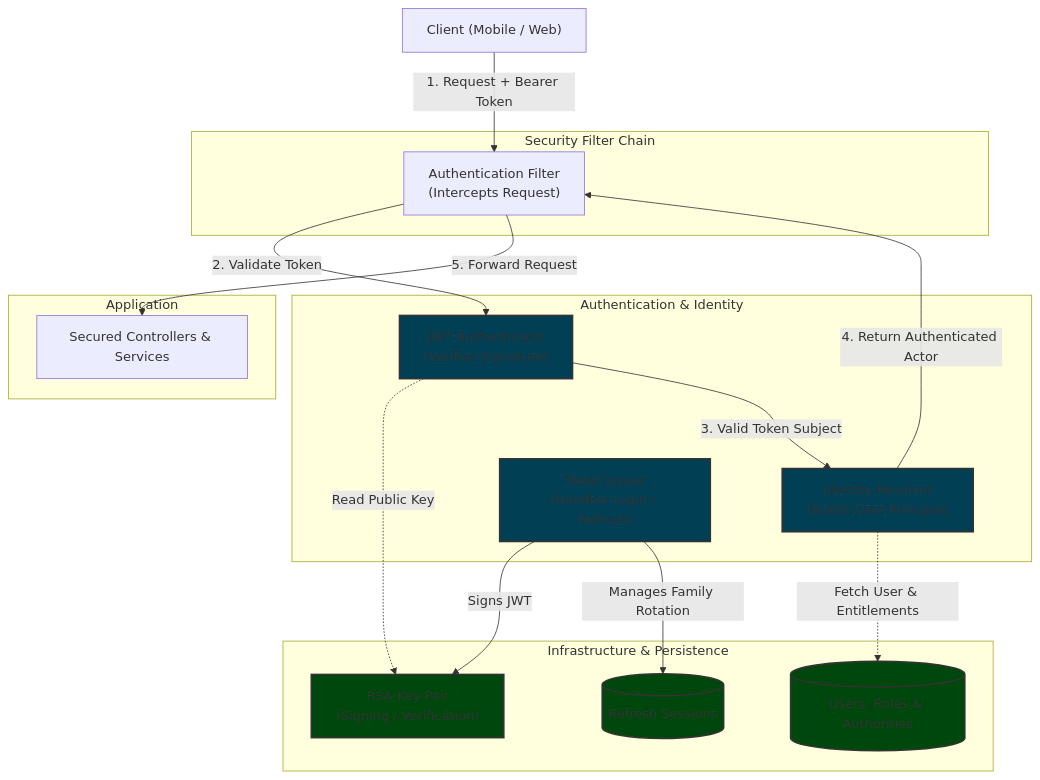
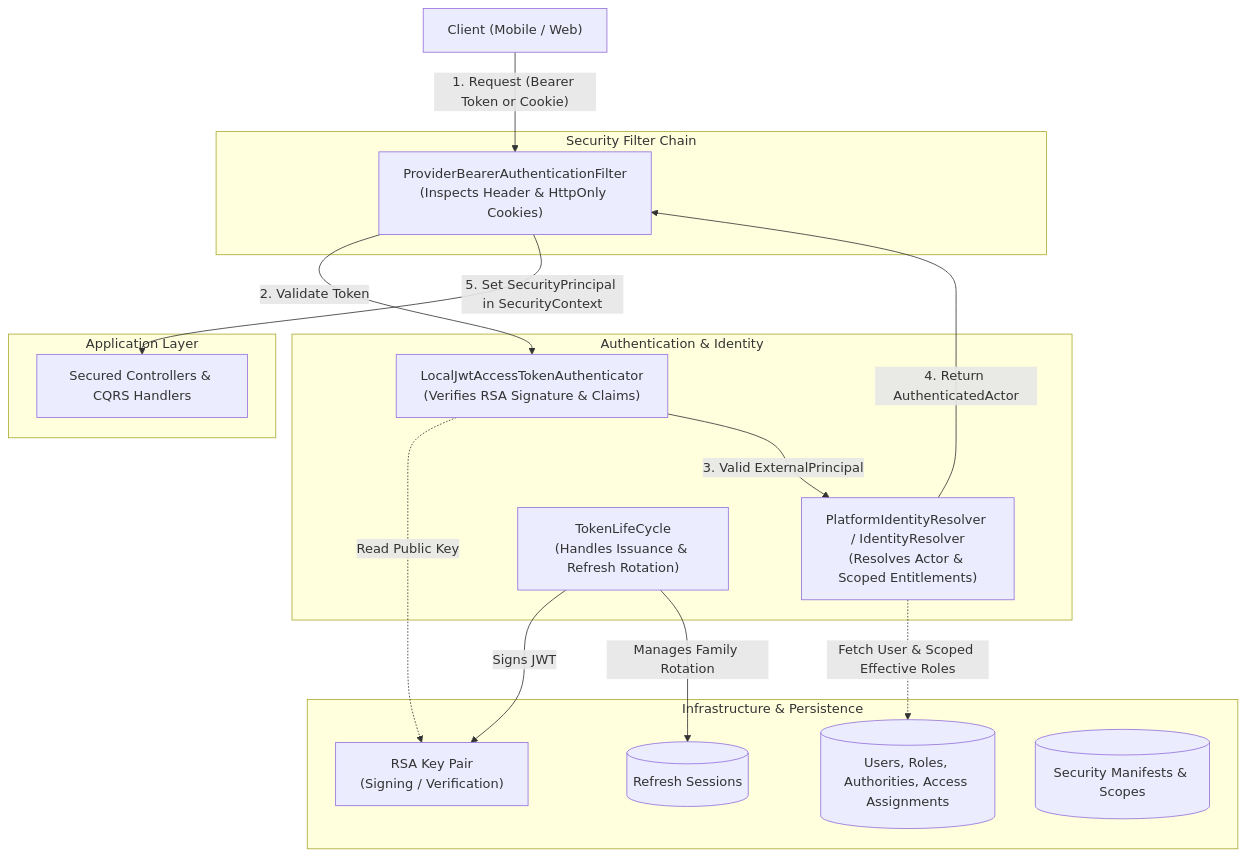
Before and after one commit to khinemyaezin/grab: the first of 7 diagrams in docs/dev/domain/identity/architecture/DGR_002-Identity_module_architecture.md, drawn with Mermaid. The commit also changed other lines of this file and 178 other files, not shown here.

Commit message:
feat: enhance identity module with merchant ID support and new security manifest commands

````diff
--- a/docs/dev/domain/identity/architecture/DGR_002-Identity_module_architecture.md
+++ b/docs/dev/domain/identity/architecture/DGR_002-Identity_module_architecture.md
@@ -9,50 +8,42 @@
 ```mermaid
 flowchart TD
     Client["Client (Mobile / Web)"]
 
     %% --- Key Components ---
     subgraph FilterLayer["Security Filter Chain"]
-        AuthFilter["Authentication Filter\n(Intercepts Request)"]
+        AuthFilter["ProviderBearerAuthenticationFilter\n(Inspects Header & HttpOnly Cookies)"]
     end
 
     subgraph AuthLayer["Authentication & Identity"]
-        JwtAuth["JWT Authenticator\n(Verifies Signature)"]
-        IdentityResolver["Identity Resolver\n(Builds User Principal)"]
-        TokenIssuer["Token Issuer\n(Handles Login / Refresh)"]
+        JwtAuth["LocalJwtAccessTokenAuthenticator\n(Verifies RSA Signature & Claims)"]
+        IdentityResolver["PlatformIdentityResolver / IdentityResolver\n(Resolves Actor & Scoped Entitlements)"]
+        TokenLifeCycle["TokenLifeCycle\n(Handles Issuance & Refresh Rotation)"]
     end
 
     subgraph DataLayer["Infrastructure & Persistence"]
         KeyConfig["RSA Key Pair\n(Signing / Verification)"]
-        UserDB[(Users, Roles & Authorities)]
+        UserDB[(Users, Roles, Authorities, Access Assignments)]
         SessionDB[(Refresh Sessions)]
+        ManifestDB[(Security Manifests & Scopes)]
     end
 
-    subgraph AppLayer["Application"]
-        Controllers["Secured Controllers & Services"]
+    subgraph AppLayer["Application Layer"]
+        Controllers["Secured Controllers & CQRS Handlers"]
     end
 
     %% --- Token Issuance Flow ---
-    TokenIssuer -- "Signs JWT" --> KeyConfig
-    TokenIssuer -- "Manages Family Rotation" --> SessionDB
+    TokenLifeCycle -- "Signs JWT" --> KeyConfig
+    TokenLifeCycle -- "Manages Family Rotation" --> SessionDB
 
     %% --- API Request Flow ---
-    Client -- "1. Request + Bearer Token" --> AuthFilter
+    Client -- "1. Request (Bearer Token or Cookie)" --> AuthFilter
     
     AuthFilter -- "2. Validate Token" --> JwtAuth
     JwtAuth -. "Read Public Key" .-> KeyConfig
-    JwtAuth -- "3. Valid Token Subject" --> IdentityResolver
+    JwtAuth -- "3. Valid ExternalPrincipal" --> IdentityResolver
     
-    IdentityResolver -. "Fetch User & Entitlements" .-> UserDB
-    IdentityResolver -- "4. Return Authenticated Actor" --> AuthFilter
+    IdentityResolver -. "Fetch User & Scoped Effective Roles" .-> UserDB
+    IdentityResolver -- "4. Return AuthenticatedActor" --> AuthFilter
     
-    AuthFilter -- "5. Forward Request" --> Controllers
-    
-    %% Styling for clarity
-    classDef auth fill:#003F54,stroke:#333,stroke-width:2px;
-    classDef db fill:#00470E,stroke:#333,stroke-width:2px;
-    
-    class AuthFilter filter;
-    class JwtAuth,IdentityResolver,TokenIssuer auth;
-    class UserDB,SessionDB,KeyConfig db;
-
+    AuthFilter -- "5. Set SecurityPrincipal in SecurityContext" --> Controllers
 ```
````
